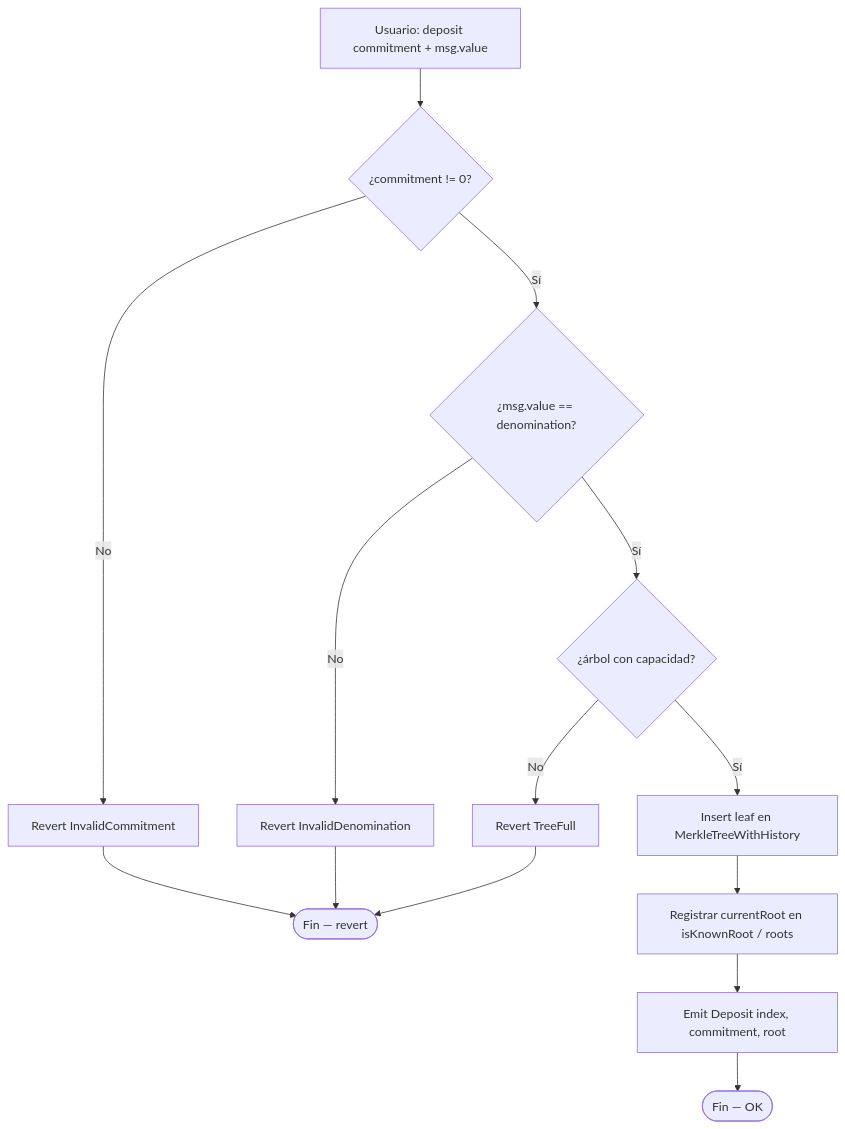
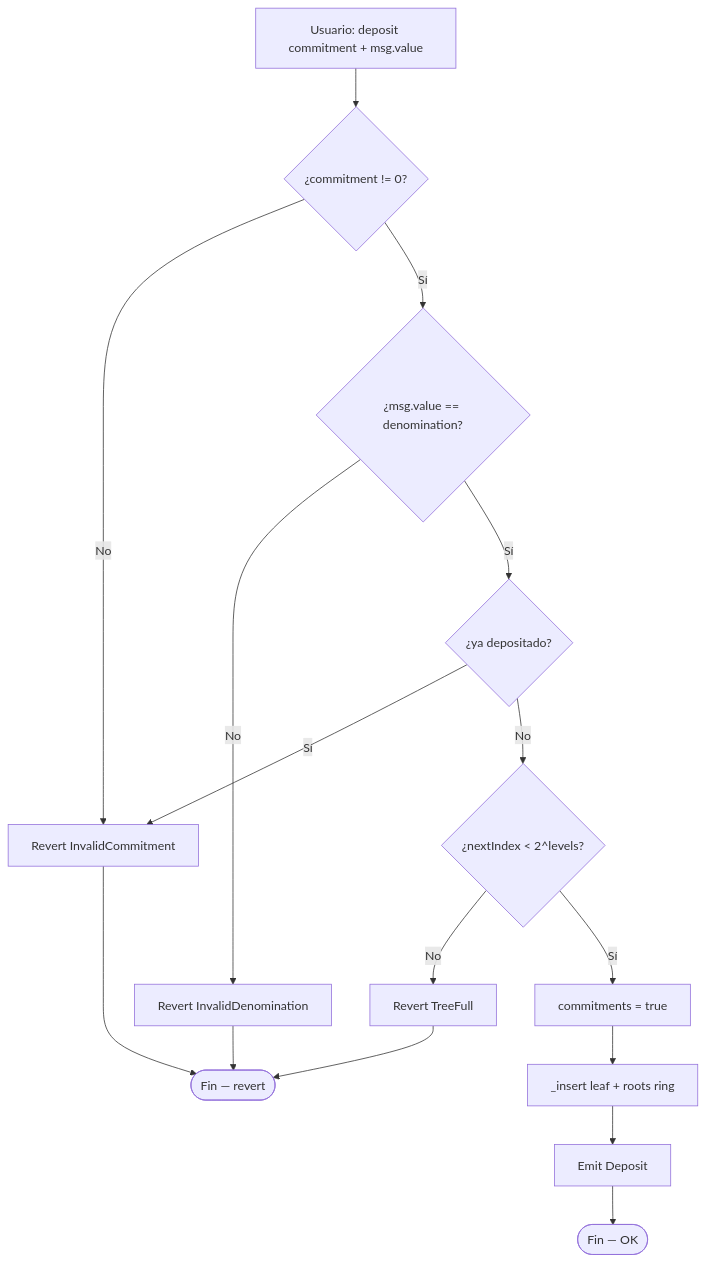
One commit to rastrahm/zk-snarks-privacy changed the first of 7 diagrams in doc/diagrama-de-flujo.md. Above: the diagram before and after it, drawn with Mermaid. The commit also changed other lines of this file and 15 other files, not shown here.

````diff
--- a/doc/diagrama-de-flujo.md
+++ b/doc/diagrama-de-flujo.md
@@ -7,16 +8,18 @@
 ```mermaid
 flowchart TD
     A[Usuario: deposit commitment + msg.value] --> B{¿commitment != 0?}
     B -->|No| Z0[Revert InvalidCommitment]
     B -->|Sí| C{¿msg.value == denomination?}
     C -->|No| Z1[Revert InvalidDenomination]
-    C -->|Sí| D{¿árbol con capacidad?}
-    D -->|No| Z2[Revert TreeFull]
-    D -->|Sí| E[Insert leaf en MerkleTreeWithHistory]
-    E --> F[Registrar currentRoot en isKnownRoot / roots]
-    F --> G[Emit Deposit index, commitment, root]
+    C -->|Sí| D{¿ya depositado?}
+    D -->|Sí| Z0
+    D -->|No| E{¿nextIndex < 2^levels?}
+    E -->|No| Z2[Revert TreeFull]
+    E -->|Sí| F[commitments = true]
+    F --> G[_insert leaf + roots ring]
+    G --> H[Emit Deposit]
     Z0 --> End([Fin — revert])
     Z1 --> End
     Z2 --> End
-    G --> Ok([Fin — OK])
+    H --> Ok([Fin — OK])
 ```
````
